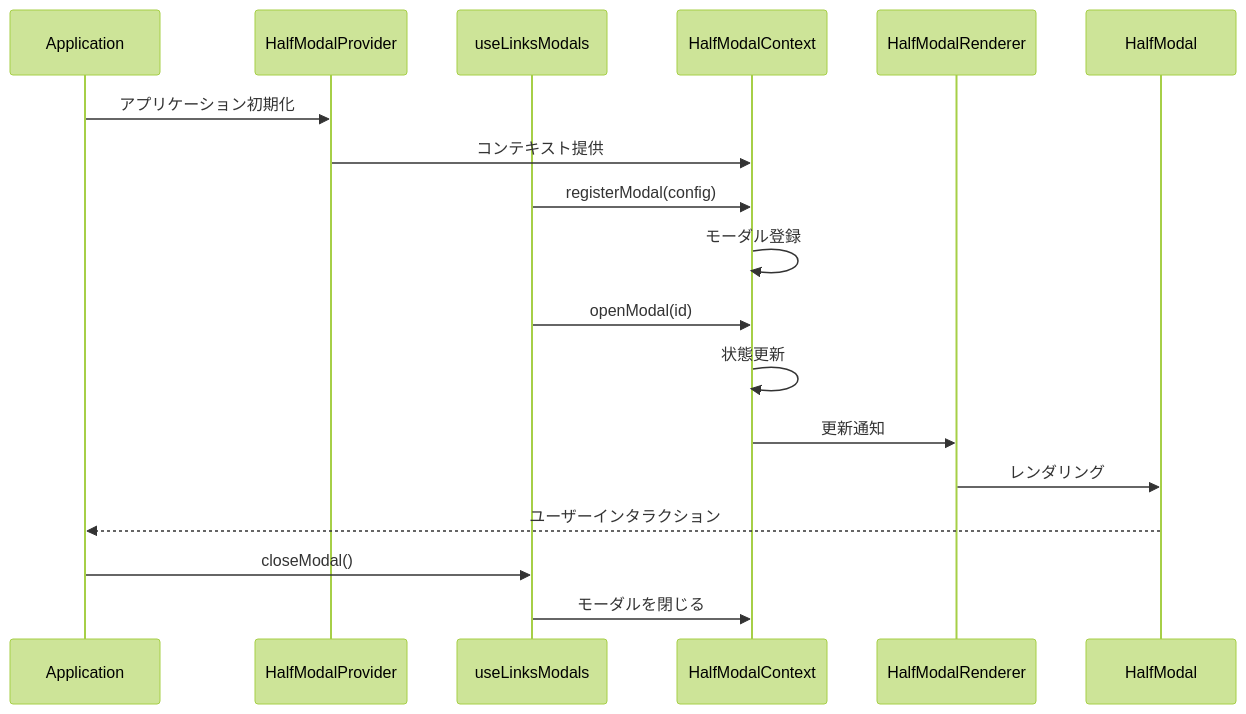
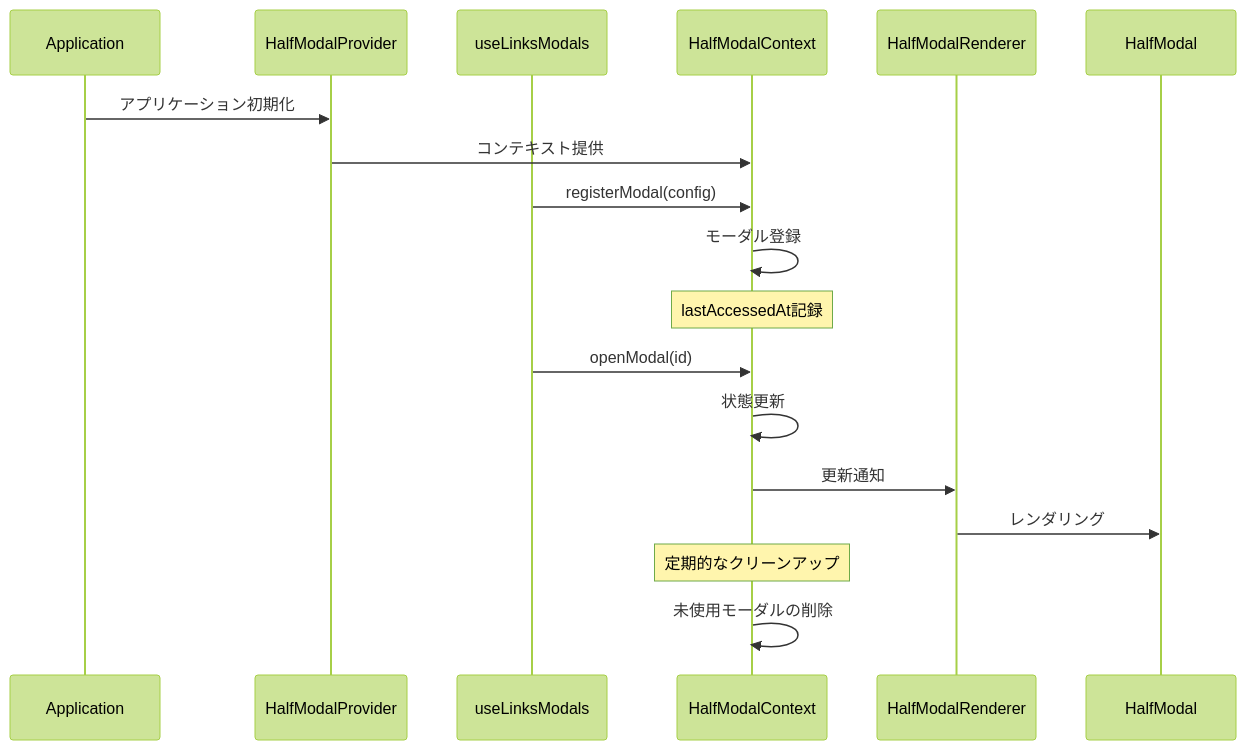
Before and after one commit to sooom1627/Linpe: the diagram in components/layout/half-modal/DOCS.md, drawn with Mermaid (forest theme). The commit also changed other lines of this file, not shown here.

First line of the commit message:
Update HalfModal documentation with advanced memory management and type-safe modal implementation

````diff
--- a/components/layout/half-modal/DOCS.md
+++ b/components/layout/half-modal/DOCS.md
@@ -19,24 +19,24 @@
 ```mermaid
 sequenceDiagram
     participant App as Application
     participant Provider as HalfModalProvider
     participant Hook as useLinksModals
     participant Context as HalfModalContext
     participant Renderer as HalfModalRenderer
     participant Modal as HalfModal
 
     App->>Provider: アプリケーション初期化
     Provider->>Context: コンテキスト提供
 
     Hook->>Context: registerModal(config)
     Context->>Context: モーダル登録
+    Note over Context: lastAccessedAt記録
 
     Hook->>Context: openModal(id)
     Context->>Context: 状態更新
     Context->>Renderer: 更新通知
     Renderer->>Modal: レンダリング
 
-    Modal-->>App: ユーザーインタラクション
-    App->>Hook: closeModal()
-    Hook->>Context: モーダルを閉じる
+    Note over Context: 定期的なクリーンアップ
+    Context->>Context: 未使用モーダルの削除
 ```
````
